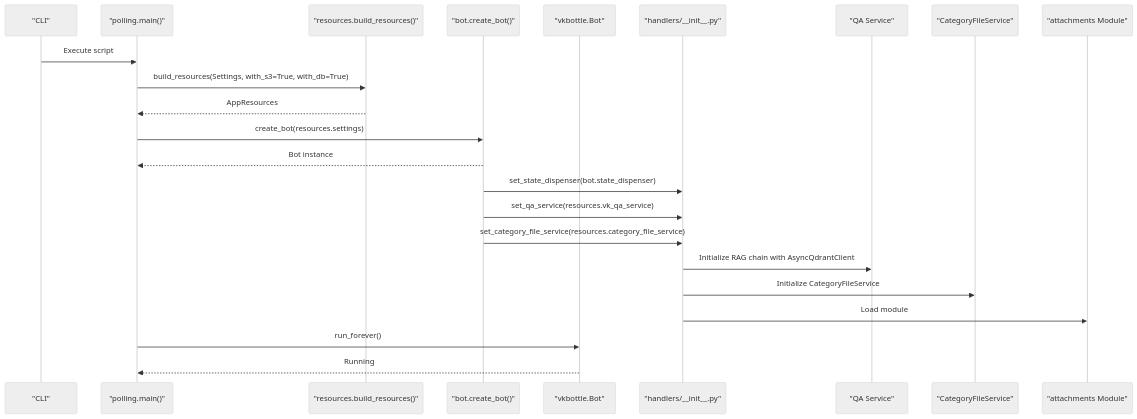
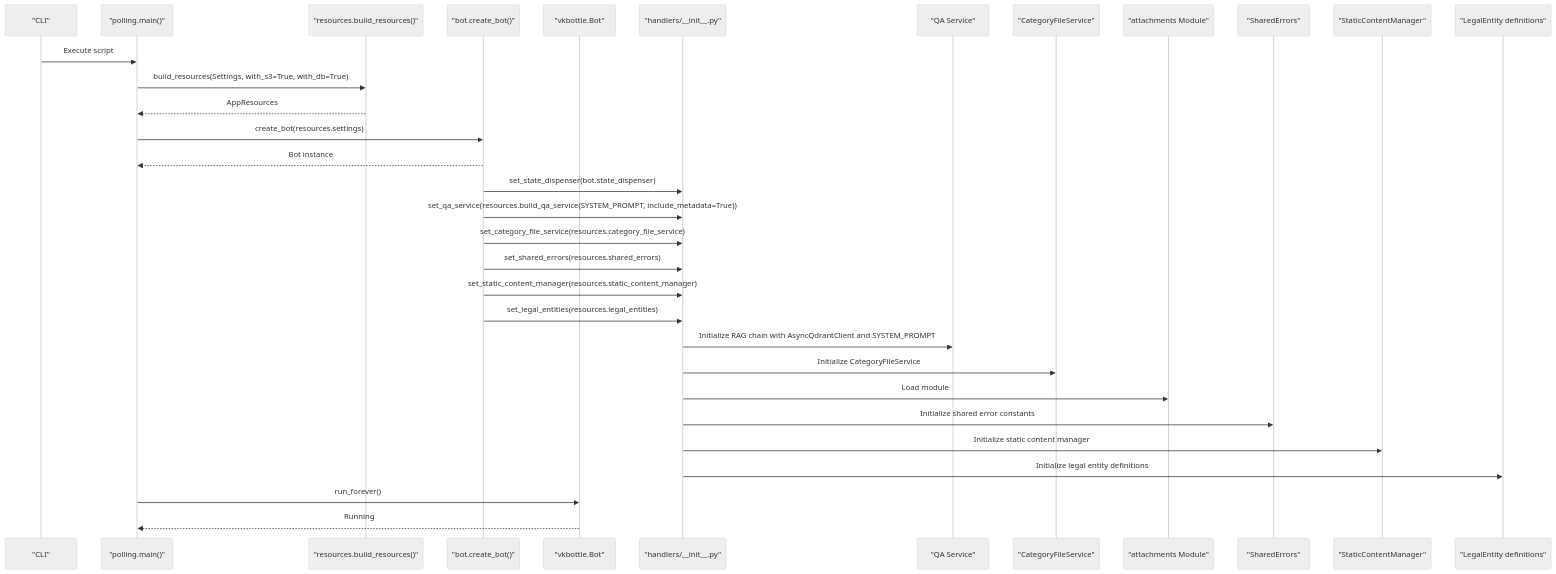
One commit to ognelis/cafetera_hr_bot changed diagram 32 of 35 in .qoder/repowiki/en/content/VK Integration/VK Integration.md. Above: the diagram before and after it, drawn with Mermaid (neutral theme). The commit also changed other lines of this file and 51 other files, not shown here.

````diff
--- a/.qoder/repowiki/en/content/VK Integration/VK Integration.md
+++ b/.qoder/repowiki/en/content/VK Integration/VK Integration.md
@@ -1364,25 +1707,34 @@
 ```mermaid
 sequenceDiagram
 participant CLI as "CLI"
 participant Runner as "polling.main()"
 participant Resources as "resources.build_resources()"
 participant Factory as "bot.create_bot()"
 participant Bot as "vkbottle.Bot"
 participant Utils as "handlers/__init__.py"
 participant QA as "QA Service"
 participant CategoryService as "CategoryFileService"
 participant Attachments as "attachments Module"
+participant Errors as "SharedErrors"
+participant StaticContent as "StaticContentManager"
+participant Entities as "LegalEntity definitions"
 CLI->>Runner : Execute script
 Runner->>Resources : build_resources(Settings, with_s3=True, with_db=True)
 Resources-->>Runner : AppResources
 Runner->>Factory : create_bot(resources.settings)
 Factory-->>Runner : Bot instance
 Factory->>Utils : set_state_dispenser(bot.state_dispenser)
-Factory->>Utils : set_qa_service(resources.vk_qa_service)
+Factory->>Utils : set_qa_service(resources.build_qa_service(SYSTEM_PROMPT, include_metadata=True))
 Factory->>Utils : set_category_file_service(resources.category_file_service)
-Utils->>QA : Initialize RAG chain with AsyncQdrantClient
+Factory->>Utils : set_shared_errors(resources.shared_errors)
+Factory->>Utils : set_static_content_manager(resources.static_content_manager)
+Factory->>Utils : set_legal_entities(resources.legal_entities)
+Utils->>QA : Initialize RAG chain with AsyncQdrantClient and SYSTEM_PROMPT
 Utils->>CategoryService : Initialize CategoryFileService
 Utils->>Attachments : Load module
+Utils->>Errors : Initialize shared error constants
+Utils->>StaticContent : Initialize static content manager
+Utils->>Entities : Initialize legal entity definitions
 Runner->>Bot : run_forever()
 Bot-->>Runner : Running
 ```
````
